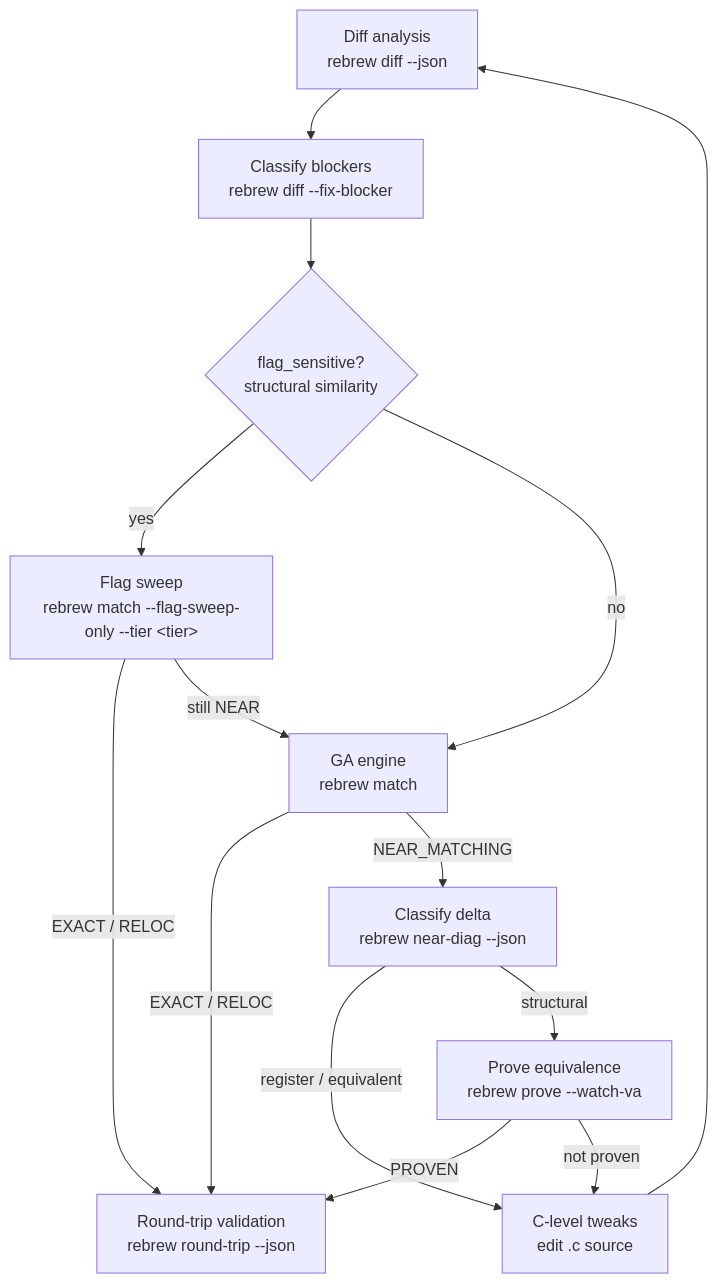
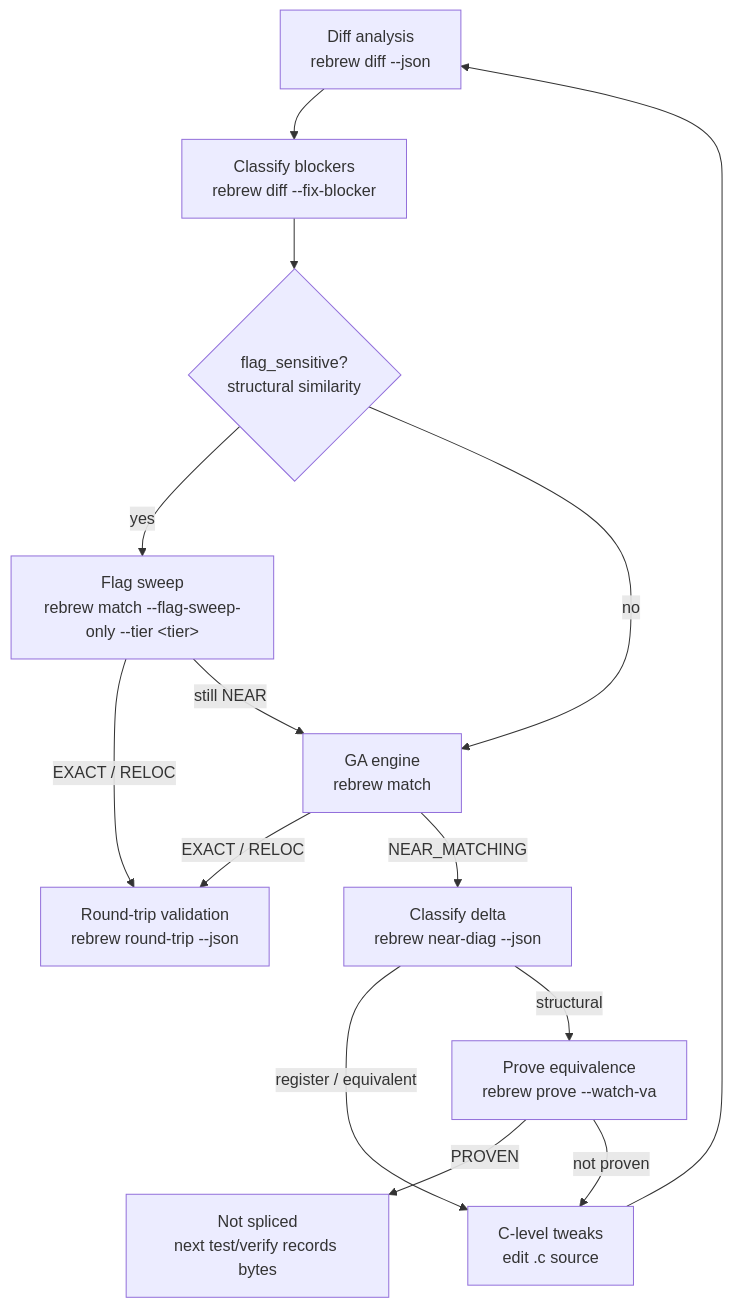
The diagram in .agents/skills/rebrew-matching/SKILL.md (maci0/rebrew), drawn with Mermaid before and after one commit. The commit also changed other lines of this file and 13 other files, not shown here.

````diff
--- a/.agents/skills/rebrew-matching/SKILL.md
+++ b/.agents/skills/rebrew-matching/SKILL.md
@@ -15,16 +15,16 @@
 ```mermaid
 graph TD
     Diff[Diff analysis<br/>rebrew diff --json] --> FixBlocker[Classify blockers<br/>rebrew diff --fix-blocker]
     FixBlocker --> Sensitive{flag_sensitive?<br/>structural similarity}
     Sensitive -->|yes| Sweep[Flag sweep<br/>rebrew match --flag-sweep-only --tier &lt;tier&gt;]
     Sensitive -->|no| Ga[GA engine<br/>rebrew match]
     Sweep -->|EXACT / RELOC| RoundTrip[Round-trip validation<br/>rebrew round-trip --json]
     Sweep -->|still NEAR| Ga
     Ga -->|EXACT / RELOC| RoundTrip
     Ga -->|NEAR_MATCHING| Classify[Classify delta<br/>rebrew near-diag --json]
     Classify -->|register / equivalent| Edit[C-level tweaks<br/>edit .c source]
     Edit --> Diff
     Classify -->|structural| Prove[Prove equivalence<br/>rebrew prove --watch-va]
-    Prove -->|PROVEN| RoundTrip
+    Prove -->|PROVEN| Held[Not spliced<br/>next test/verify records bytes]
     Prove -->|not proven| Edit
 ```
````
